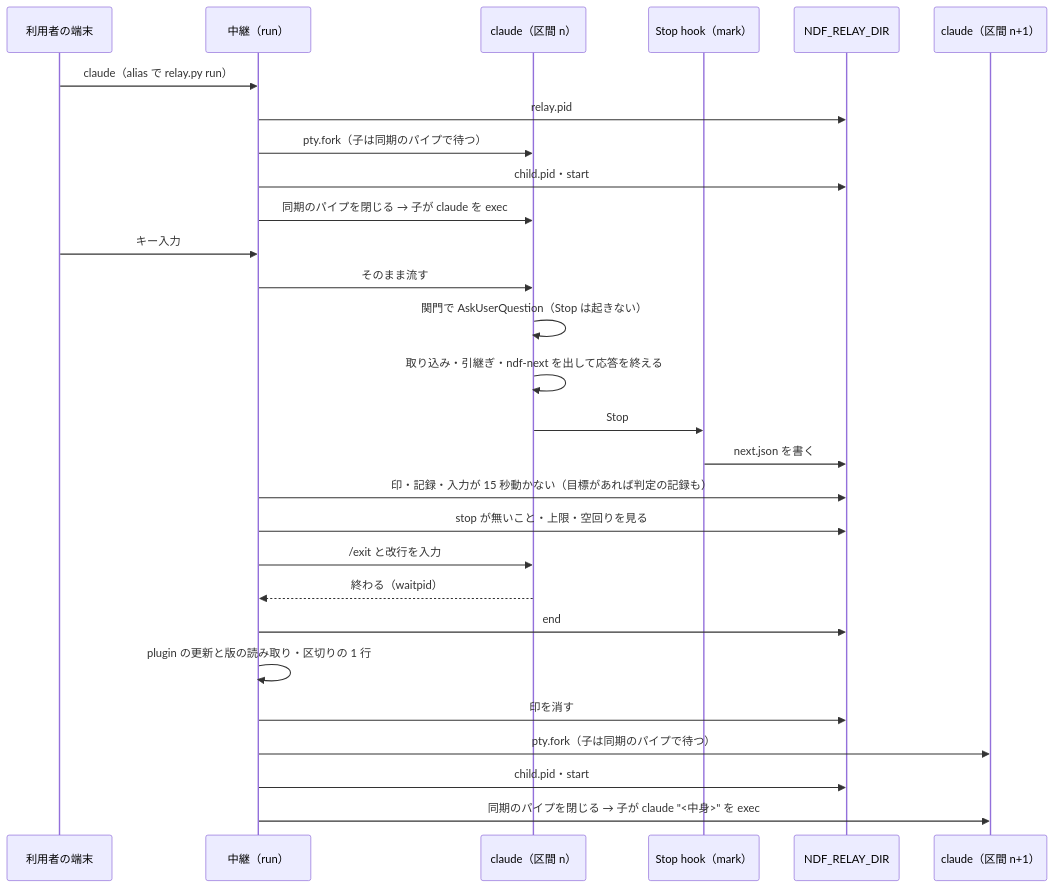
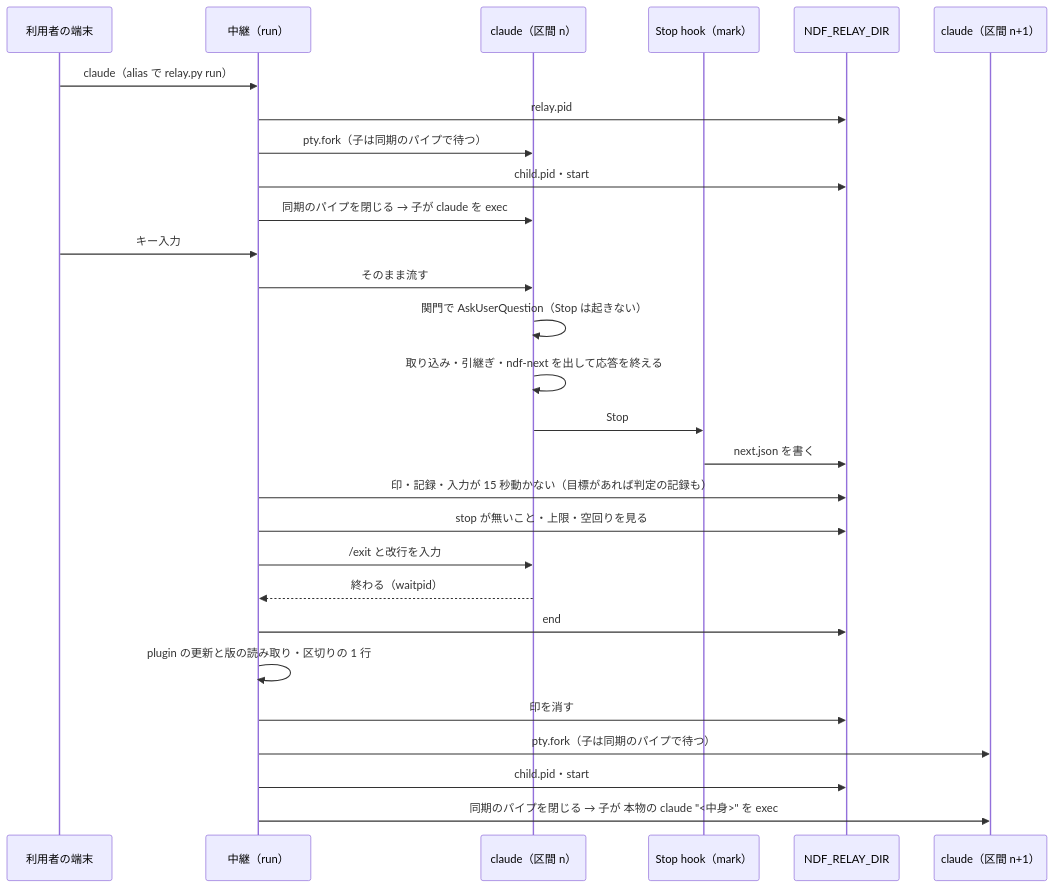
The second of 3 diagrams in issues/issue-895-design.md (devbasex/ai-plugins), drawn with Mermaid before and after one commit. The commit also changed other lines of this file and 1 other file, not shown here.

First line of the commit message:
Docs: #895 素通しと区間の起動を本物の claude の絶対パスと execve にそろえる

````diff
--- a/issues/issue-895-design.md
+++ b/issues/issue-895-design.md
@@ -266,30 +266,30 @@
 ```mermaid
 sequenceDiagram
     participant U as 利用者の端末
     participant R as 中継（run）
     participant C as claude（区間 n）
     participant H as Stop hook（mark）
     participant F as NDF_RELAY_DIR
     participant C2 as claude（区間 n+1）
     U->>R: claude（alias で relay.py run）
     R->>F: relay.pid
     R->>C: pty.fork（子は同期のパイプで待つ）
     R->>F: child.pid・start
     R->>C: 同期のパイプを閉じる → 子が claude を exec
     U->>R: キー入力
     R->>C: そのまま流す
     C->>C: 関門で AskUserQuestion（Stop は起きない）
     C->>C: 取り込み・引継ぎ・ndf-next を出して応答を終える
     C->>H: Stop
     H->>F: next.json を書く
     R->>F: 印・記録・入力が 15 秒動かない（目標があれば判定の記録も）
     R->>F: stop が無いこと・上限・空回りを見る
     R->>C: /exit と改行を入力
     C-->>R: 終わる（waitpid）
     R->>F: end
     R->>R: plugin の更新と版の読み取り・区切りの 1 行
     R->>F: 印を消す
     R->>C2: pty.fork（子は同期のパイプで待つ）
     R->>F: child.pid・start
-    R->>C2: 同期のパイプを閉じる → 子が claude "<中身>" を exec
+    R->>C2: 同期のパイプを閉じる → 子が 本物の claude "<中身>" を exec
 ```
````
